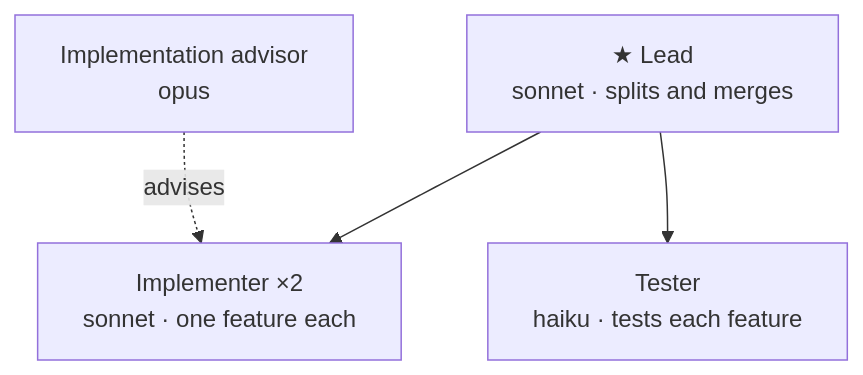
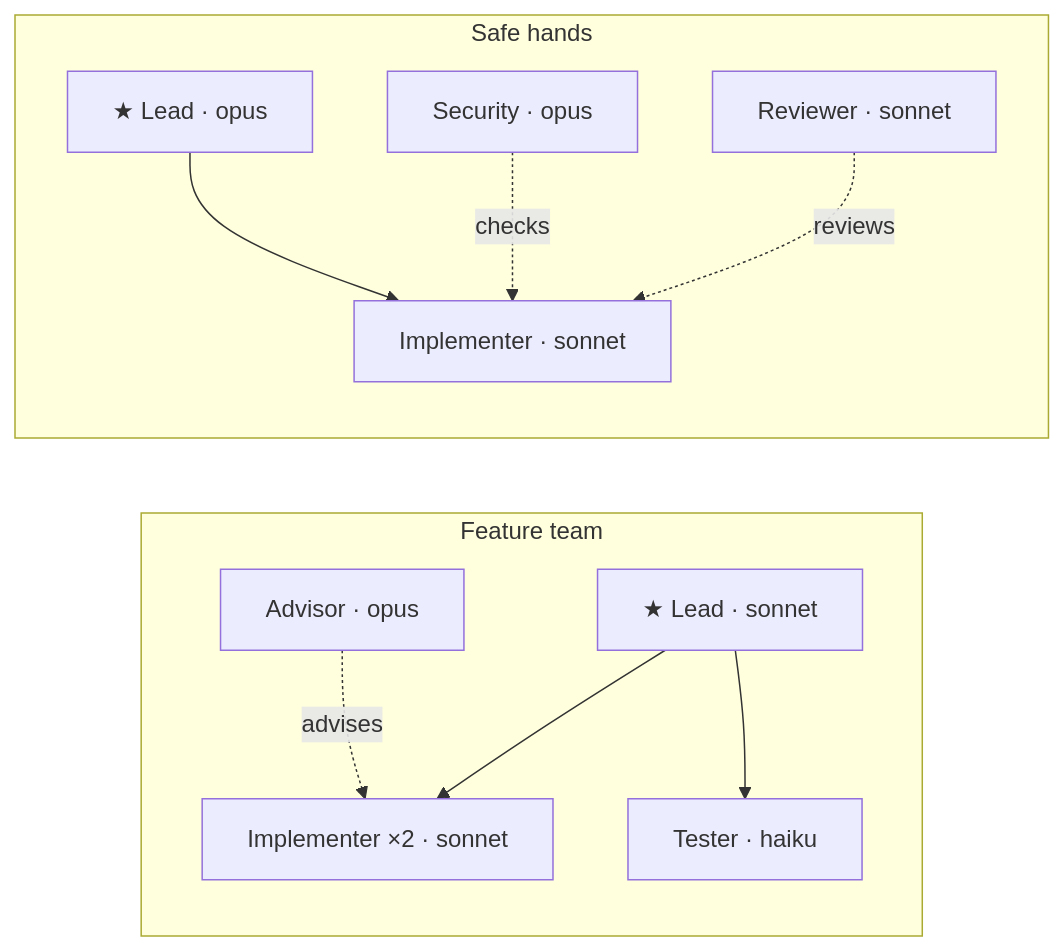
Before and after one commit to MadsLangkilde/crewser: the first of 2 diagrams in README.md, drawn with Mermaid. The commit also changed other lines of this file and 2 other files, not shown here.

````diff
--- a/README.md
+++ b/README.md
@@ -71,6 +43,13 @@
 ```mermaid
-flowchart TD
-  L["★ Lead<br/>sonnet · splits and merges"] --> I["Implementer ×2<br/>sonnet · one feature each"]
-  L --> T["Tester<br/>haiku · tests each feature"]
-  A["Implementation advisor<br/>opus"] -.advises.-> I
+flowchart LR
+  subgraph "Feature team"
+    L1["★ Lead · sonnet"] --> I1["Implementer ×2 · sonnet"]
+    L1 --> T1["Tester · haiku"]
+    A1["Advisor · opus"] -.advises.-> I1
+  end
+  subgraph "Safe hands"
+    L2["★ Lead · opus"] --> I2["Implementer · sonnet"]
+    S2["Security · opus"] -.checks.-> I2
+    R2["Reviewer · sonnet"] -.reviews.-> I2
+  end
 ```
````
